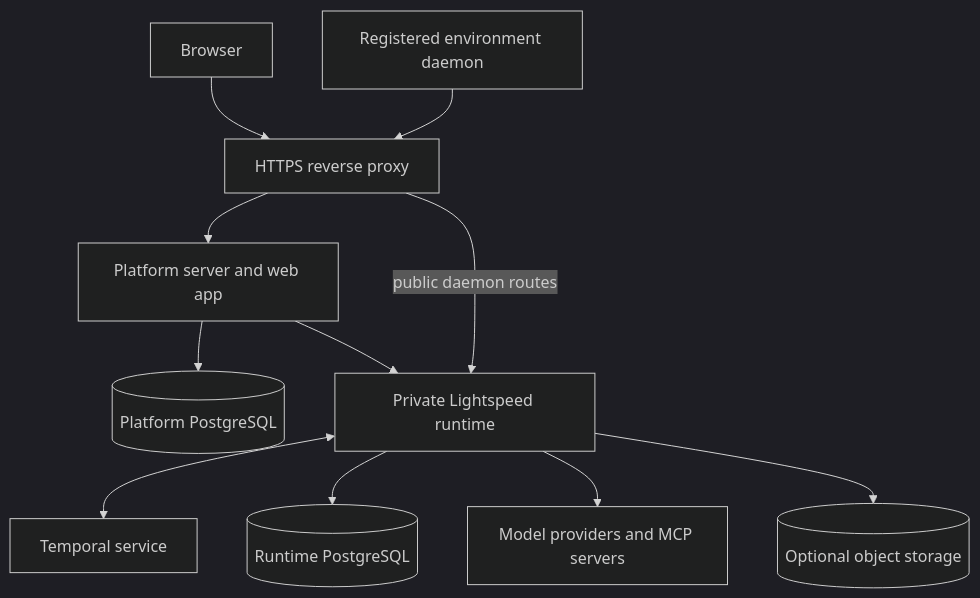
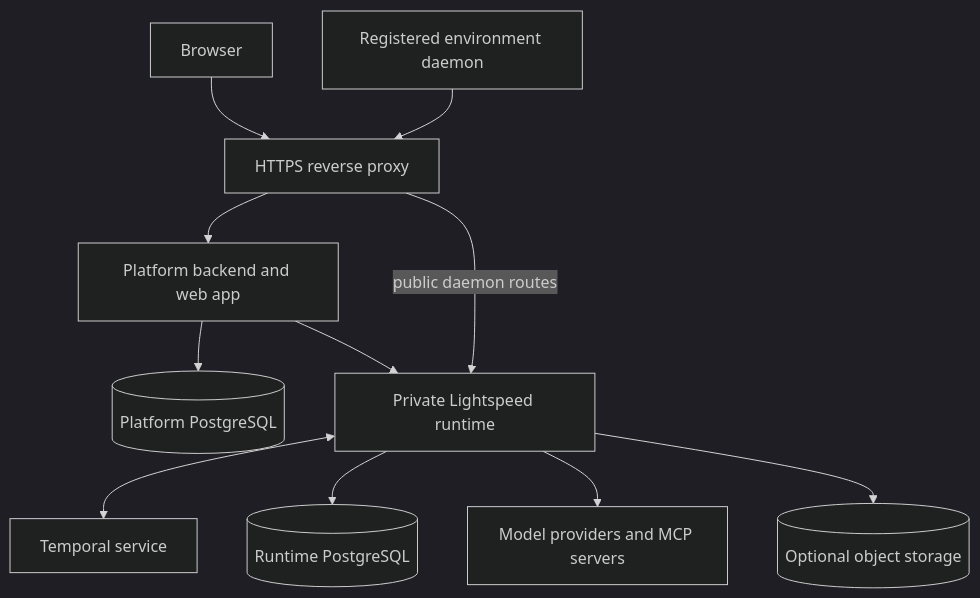
The diagram in docs/documentation/deployment/overview.md (smartcomputer-ai/lightspeed), drawn with Mermaid (dark theme) before and after one commit. The commit also changed other lines of this file and 859 other files, not shown here.

````diff
--- a/docs/documentation/deployment/overview.md
+++ b/docs/documentation/deployment/overview.md
@@ -30,13 +30,13 @@
 ```mermaid
 flowchart TD
   Browser[Browser] --> Edge[HTTPS reverse proxy]
-  Edge --> Platform[Platform server and web app]
+  Edge --> Platform[Platform backend and web app]
   Platform --> PlatformDB[(Platform PostgreSQL)]
   Platform --> Runtime[Private Lightspeed runtime]
   Runtime <--> Temporal[Temporal service]
   Runtime --> RuntimeDB[(Runtime PostgreSQL)]
   Runtime --> Models[Model providers and MCP servers]
   Runtime --> Objects[(Optional object storage)]
   Daemon[Registered environment daemon] --> Edge
   Edge -->|public daemon routes| Runtime
 ```
````
